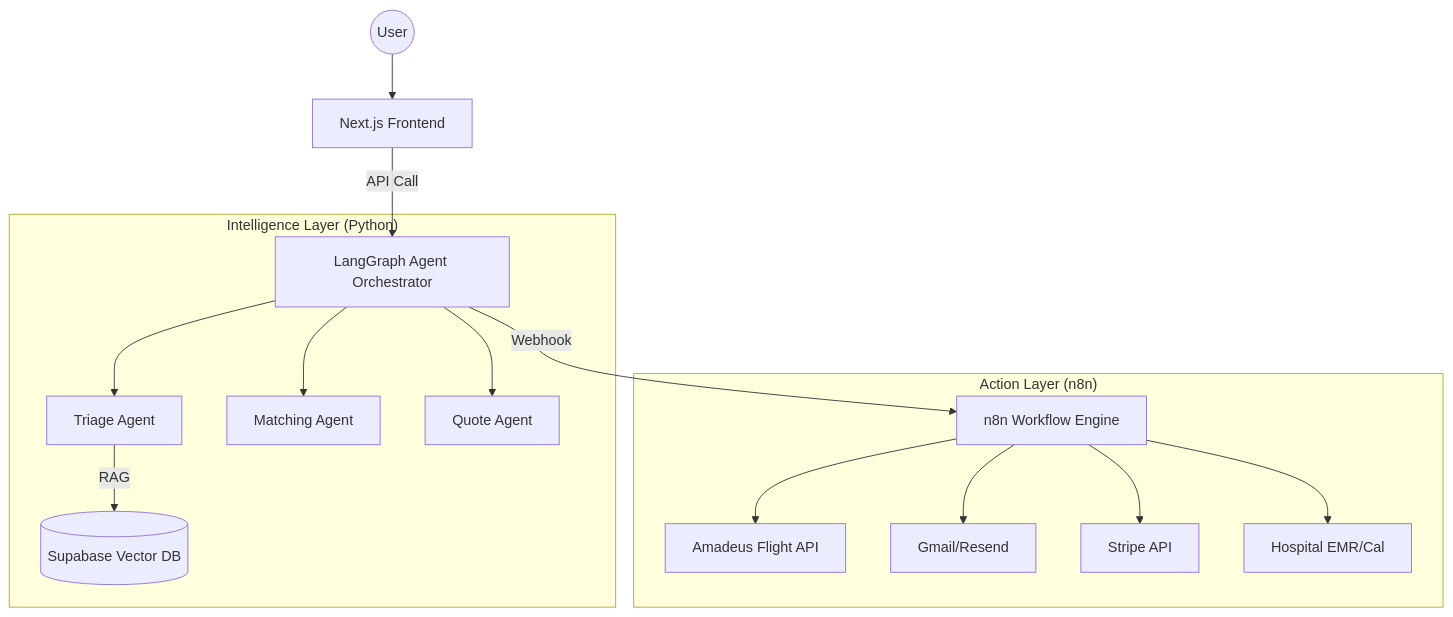
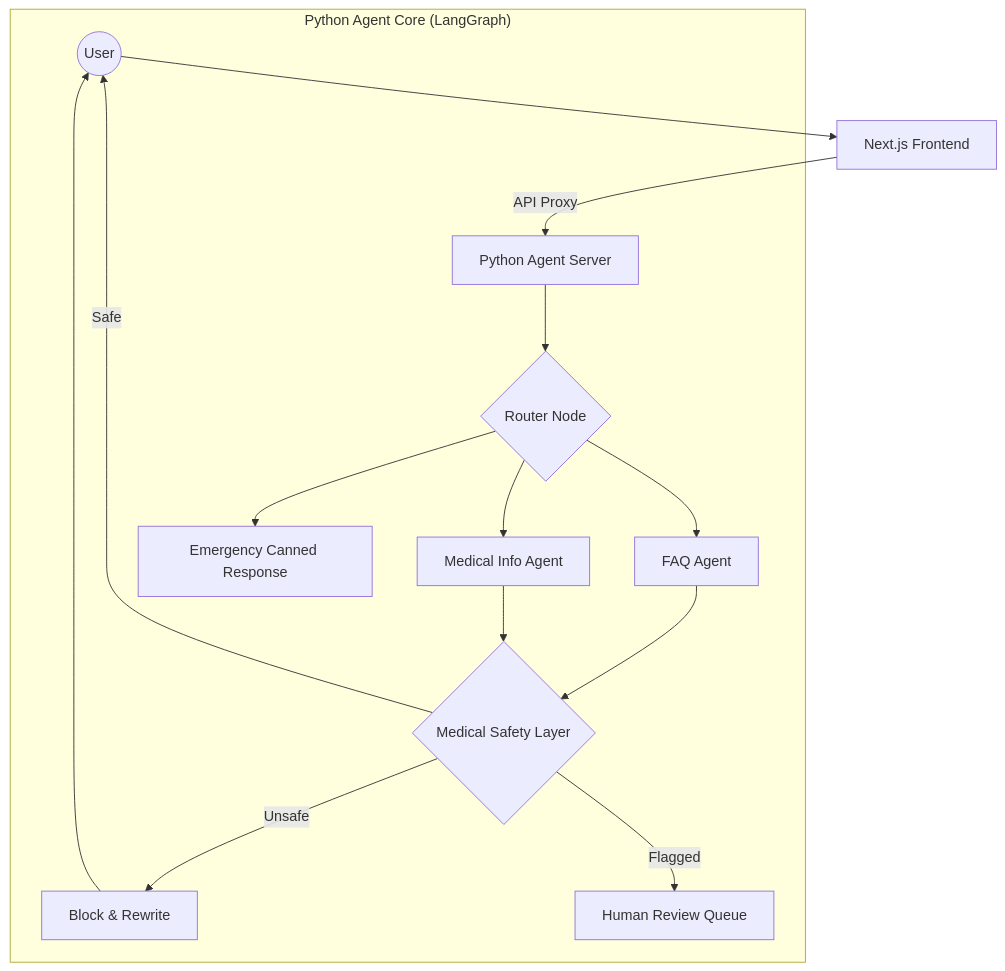
One commit to Samk208/KmedTour changed the diagram in directives/agentic_orchestration.md. Above: the diagram before and after it, drawn with Mermaid. The commit also changed other lines of this file and 118 other files, not shown here.

````diff
--- a/directives/agentic_orchestration.md
+++ b/directives/agentic_orchestration.md
@@ -10,20 +10,20 @@
 ```mermaid
 graph TD
     User((User)) --> NextJS[Next.js Frontend]
-    NextJS -- API Call --> LangGraph[LangGraph Agent Orchestrator]
+    NextJS -- API Proxy --> FastAPI[Python Agent Server]
     
-    subgraph "Intelligence Layer (Python)"
-        LangGraph --> Triage[Triage Agent]
-        LangGraph --> Match[Matching Agent]
-        LangGraph --> Quote[Quote Agent]
-        Triage -- RAG --> Supabase[(Supabase Vector DB)]
-    end
-    
-    subgraph "Action Layer (n8n)"
-        LangGraph -- Webhook --> n8n[n8n Workflow Engine]
-        n8n --> Amadeus[Amadeus Flight API]
-        n8n --> Gmail[Gmail/Resend]
-        n8n --> Stripe[Stripe API]
-        n8n --> Hospital[Hospital EMR/Cal]
+    subgraph "Python Agent Core (LangGraph)"
+        FastAPI --> Router{Router Node}
+        Router --> FAQ[FAQ Agent]
+        Router --> MedInfo[Medical Info Agent]
+        Router --> Emergency[Emergency Canned Response]
+        
+        FAQ --> Safety{Medical Safety Layer}
+        MedInfo --> Safety
+        
+        Safety -- Safe --> User
+        Safety -- Unsafe --> Blocker[Block & Rewrite]
+        Safety -- Flagged --> Audit[Human Review Queue]
+        Blocker --> User
     end
 ```
````
